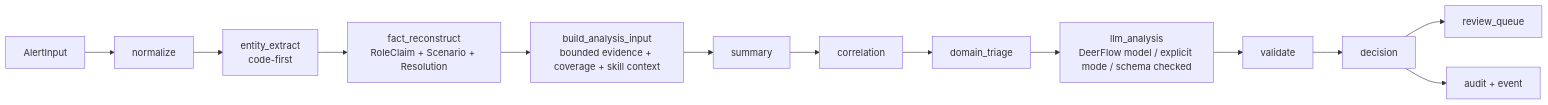
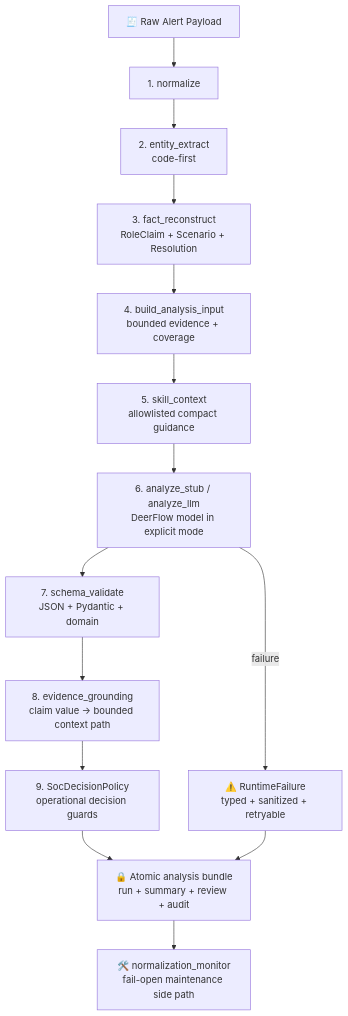
One commit to yydspanda/deer-flow changed the fourth of 10 diagrams in .notes/ai_soc/soc-agent-solution.md. Above: the diagram before and after it, drawn with Mermaid. The commit also changed other lines of this file and 37 other files, not shown here.

Commit message:
feat(soc): complete runtime hardening

````diff
--- a/.notes/ai_soc/soc-agent-solution.md
+++ b/.notes/ai_soc/soc-agent-solution.md
@@ -256,15 +256,16 @@
 ```mermaid
-flowchart LR
-    I["AlertInput"] --> N["normalize"]
-    N --> X["entity_extract<br/>code-first"]
-    X --> F["fact_reconstruct<br/>RoleClaim + Scenario + Resolution"]
-    F --> B["build_analysis_input<br/>bounded evidence + coverage + skill context"]
-    B --> S["summary"]
-    S --> C["correlation"]
-    C --> D["domain_triage"]
-    D --> L["llm_analysis<br/>DeerFlow model / explicit mode / schema checked"]
-    L --> V["validate"]
-    V --> R["decision"]
-    R --> Q["review_queue"]
-    R --> A["audit + event"]
+flowchart TD
+    I["🧾 Raw Alert Payload"] --> N["1. normalize"]
+    N --> X["2. entity_extract<br/>code-first"]
+    X --> F["3. fact_reconstruct<br/>RoleClaim + Scenario + Resolution"]
+    F --> B["4. build_analysis_input<br/>bounded evidence + coverage"]
+    B --> S["5. skill_context<br/>allowlisted compact guidance"]
+    S --> L["6. analyze_stub / analyze_llm<br/>DeerFlow model in explicit mode"]
+    L --> V["7. schema_validate<br/>JSON + Pydantic + domain"]
+    V --> G["8. evidence_grounding<br/>claim value -> bounded context path"]
+    G --> R["9. SocDecisionPolicy<br/>operational decision guards"]
+    R --> P["🔒 Atomic analysis bundle<br/>run + summary + review + audit"]
+    L -->|failure| E["⚠️ RuntimeFailure<br/>typed + sanitized + retryable"]
+    E --> P
+    P --> M["🛠️ normalization_monitor<br/>fail-open maintenance side path"]
 ```
````
